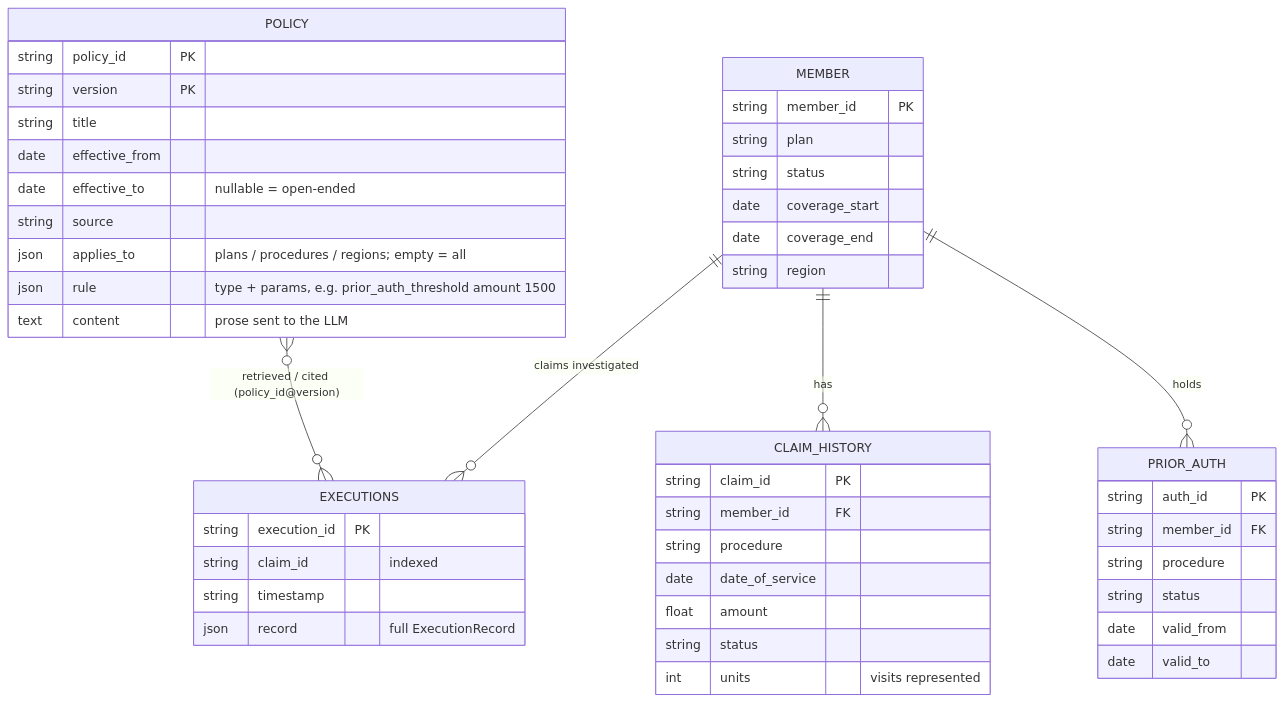
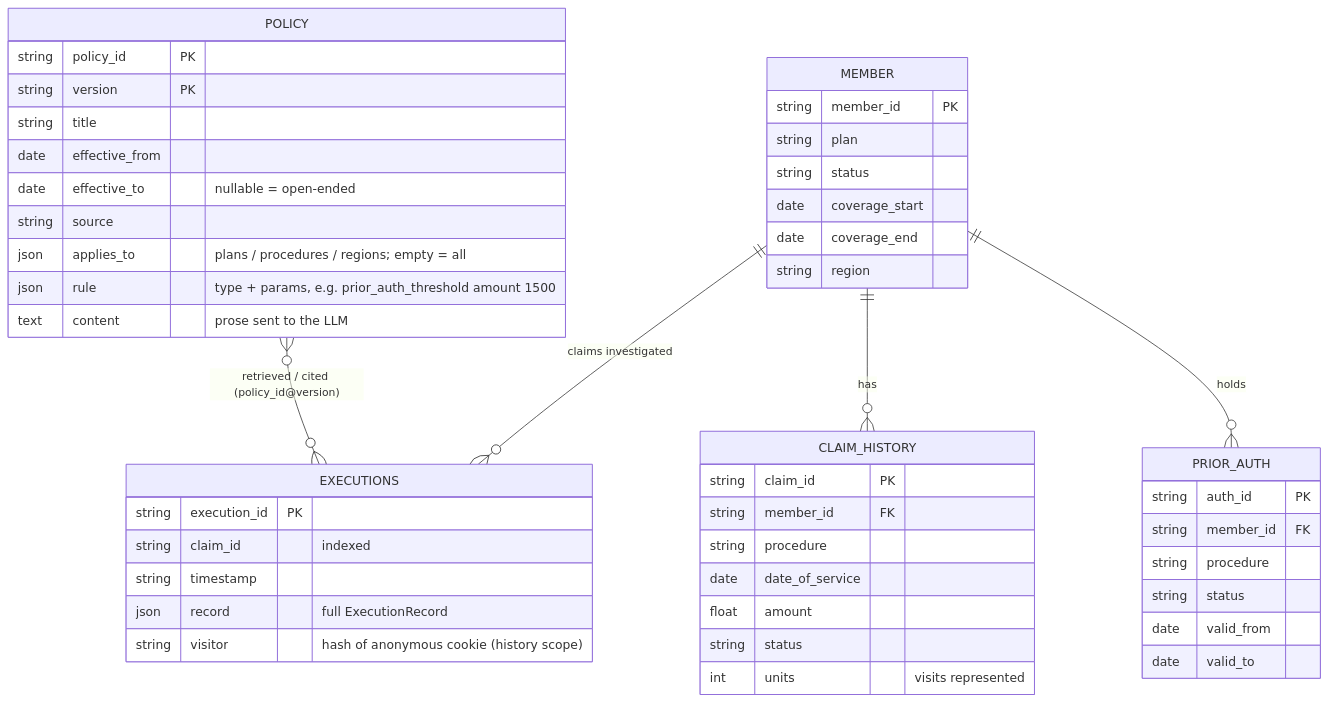
Before and after one commit to jefersonbraga/ClaimPilot: diagram 15 of 18 in docs/ARCHITECTURE.md, drawn with Mermaid. The commit also changed 12 other files, not shown here.

First line of the commit message:
Per-visitor execution history with anonymous cookie; shareable decisions

````diff
--- a/docs/ARCHITECTURE.md
+++ b/docs/ARCHITECTURE.md
@@ -781,50 +781,51 @@
 ```mermaid
 erDiagram
     POLICY {
         string policy_id PK
         string version PK
         string title
         date effective_from
         date effective_to "nullable = open-ended"
         string source
         json applies_to "plans / procedures / regions; empty = all"
         json rule "type + params, e.g. prior_auth_threshold amount 1500"
         text content "prose sent to the LLM"
     }
     MEMBER {
         string member_id PK
         string plan
         string status
         date coverage_start
         date coverage_end
         string region
     }
     PRIOR_AUTH {
         string auth_id PK
         string member_id FK
         string procedure
         string status
         date valid_from
         date valid_to
     }
     CLAIM_HISTORY {
         string claim_id PK
         string member_id FK
         string procedure
         date date_of_service
         float amount
         string status
         int units "visits represented"
     }
     EXECUTIONS {
         string execution_id PK
         string claim_id "indexed"
         string timestamp
         json record "full ExecutionRecord"
+        string visitor "hash of anonymous cookie (history scope)"
     }
 
     MEMBER ||--o{ PRIOR_AUTH : "holds"
     MEMBER ||--o{ CLAIM_HISTORY : "has"
     MEMBER ||--o{ EXECUTIONS : "claims investigated"
     POLICY }o--o{ EXECUTIONS : "retrieved / cited (policy_id@version)"
 ```
````
